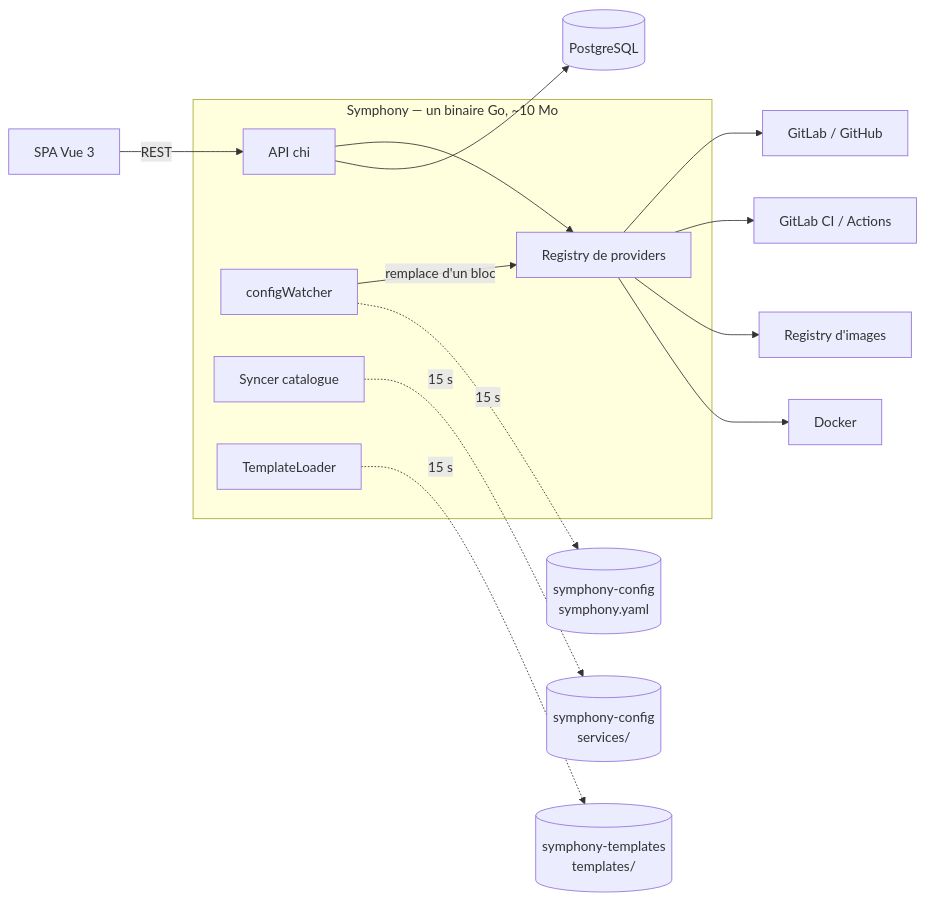
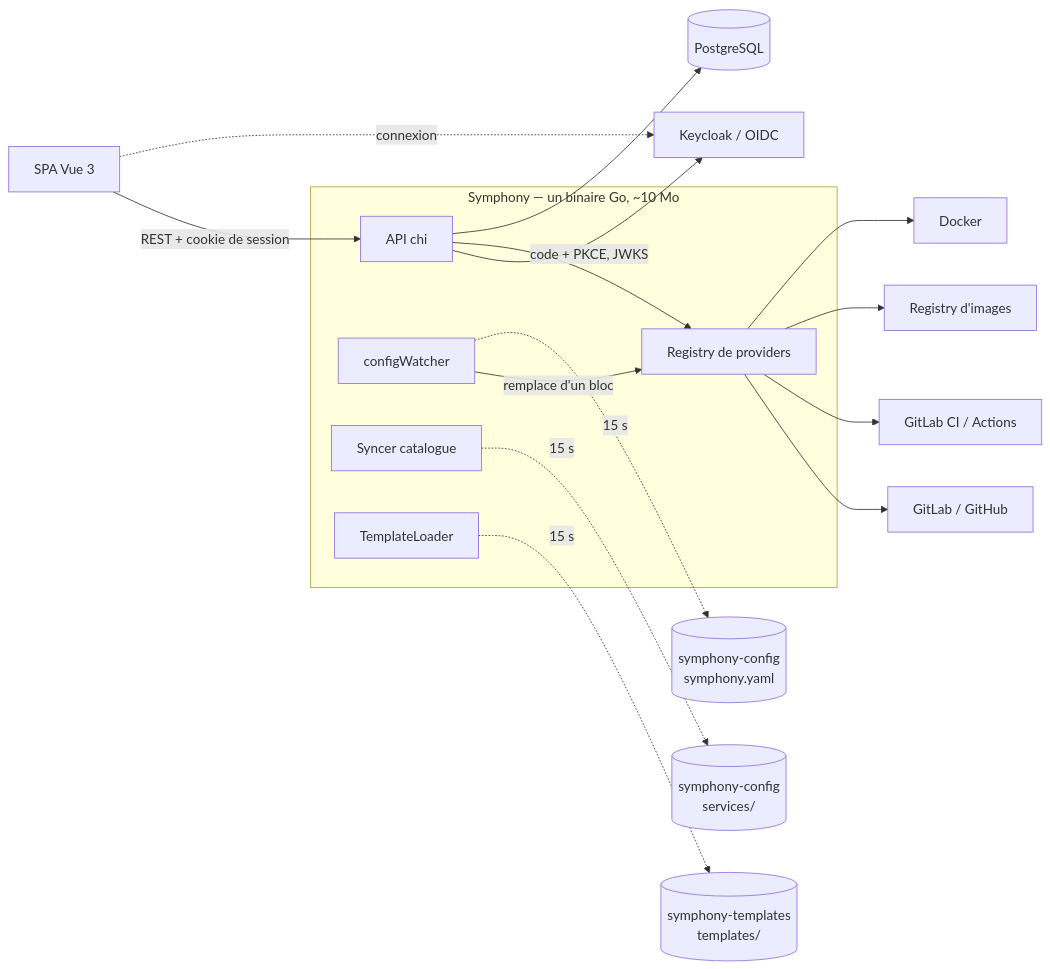
One commit to clemuscle/symphony changed the diagram in README.md. Above: the diagram before and after it, drawn with Mermaid. The commit also changed other lines of this file and 12 other files, not shown here.

````diff
--- a/README.md
+++ b/README.md
@@ -45,18 +49,20 @@
 ```mermaid
 flowchart LR
-  UI[SPA Vue 3] -->|REST| API
+  UI[SPA Vue 3] -->|REST + cookie de session| API
+  UI -.->|connexion| IDP[Keycloak / OIDC]
+  API -->|code + PKCE, JWKS| IDP
   subgraph Symphony["Symphony — un binaire Go, ~10 Mo"]
     API[API chi] --> REG[Registry de providers]
     W[configWatcher] -->|remplace d'un bloc| REG
     S[Syncer catalogue]
     T[TemplateLoader]
   end
   REG --> SCM[GitLab / GitHub]
   REG --> CI[GitLab CI / Actions]
   REG --> IMG[Registry d'images]
   REG --> RT[Docker]
   W -. 15 s .-> CFG[(symphony-config<br/>symphony.yaml)]
   S -. 15 s .-> SVC[(symphony-config<br/>services/)]
   T -. 15 s .-> TPL[(symphony-templates<br/>templates/)]
   API --> DB[(PostgreSQL)]
 ```
````
